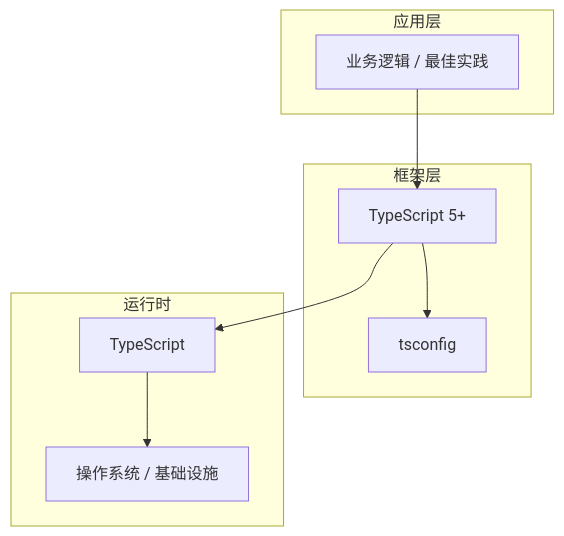
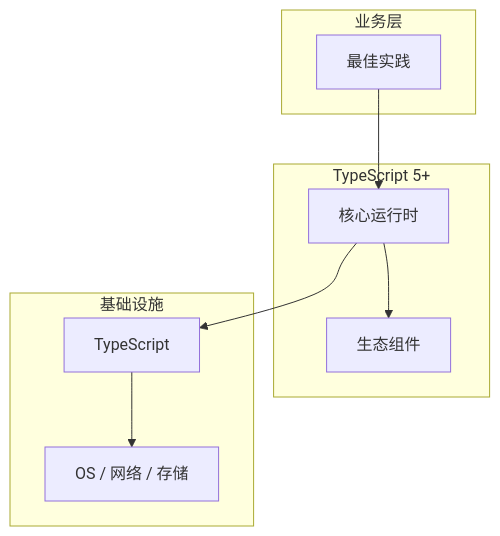
The diagram in articles/TypeScript/chapters/095-最佳实践核心概念与原理.md (yanggan2015/knowledge-json-v2), drawn with Mermaid before and after one commit. The commit also changed other lines of this file and 10127 other files, not shown here.

````diff
--- a/articles/TypeScript/chapters/095-最佳实践核心概念与原理.md
+++ b/articles/TypeScript/chapters/095-最佳实践核心概念与原理.md
@@ -45,18 +34,18 @@
 ```mermaid
 graph TB
-    subgraph 应用层
-        A[业务逻辑 / 最佳实践]
+    subgraph 业务层
+        A[最佳实践]
     end
-    subgraph 框架层
-        B[TypeScript 5+]
-        C[tsconfig]
+    subgraph TypeScript 5+
+        B[核心运行时]
+        C[生态组件]
     end
-    subgraph 运行时
+    subgraph 基础设施
         D[TypeScript]
-        E[操作系统 / 基础设施]
+        E[OS / 网络 / 存储]
     end
     A --> B
     B --> C
     B --> D
     D --> E
 ```
````
